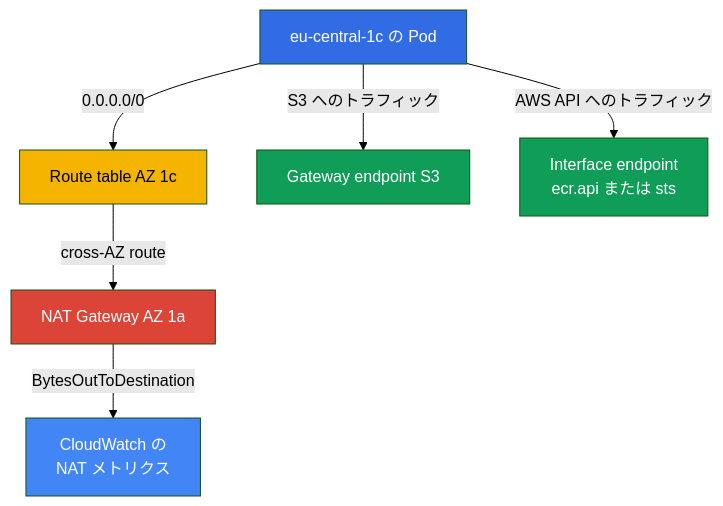
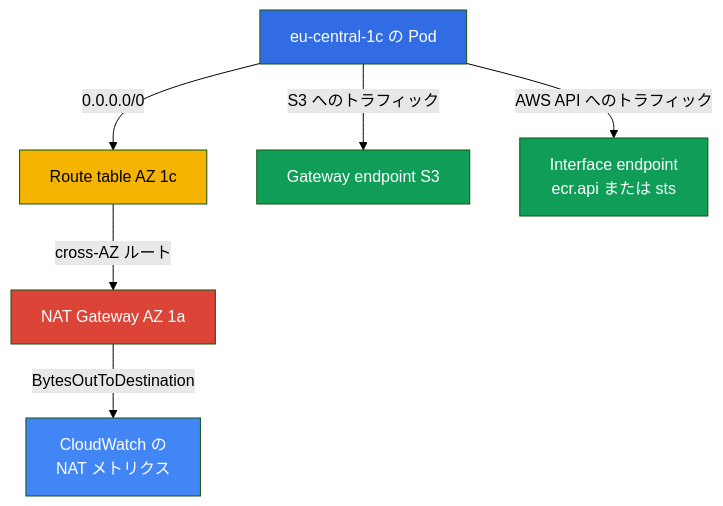
The first of 2 diagrams in tasks/eks/labs/117/README_JP.MD (ViktorUJ/cks), drawn with Mermaid (forest theme) before and after one commit. The commit also changed 221 other files, not shown here.

````diff
--- a/tasks/eks/labs/117/README_JP.MD
+++ b/tasks/eks/labs/117/README_JP.MD
@@ -52,20 +52,20 @@
 ```mermaid
 flowchart TB
     podc["eu-central-1c の Pod"]
     rtc["Route table AZ 1c"]
     nata["NAT Gateway AZ 1a"]
     gwep["Gateway endpoint S3"]
     ifep["Interface endpoint<br/>ecr.api または sts"]
     cwm["CloudWatch の<br/>NAT メトリクス"]
     podc -->|"0.0.0.0/0"| rtc
-    rtc -->|"cross-AZ route"| nata
+    rtc -->|"cross-AZ ルート"| nata
     podc -->|"S3 へのトラフィック"| gwep
     podc -->|"AWS API へのトラフィック"| ifep
     nata -->|"BytesOutToDestination"| cwm
     style podc fill:#326ce5,color:#fff
     style rtc fill:#f4b400,color:#000
     style nata fill:#db4437,color:#fff
     style gwep fill:#0f9d58,color:#fff
     style ifep fill:#0f9d58,color:#fff
     style cwm fill:#4285f4,color:#fff
 ```
````
